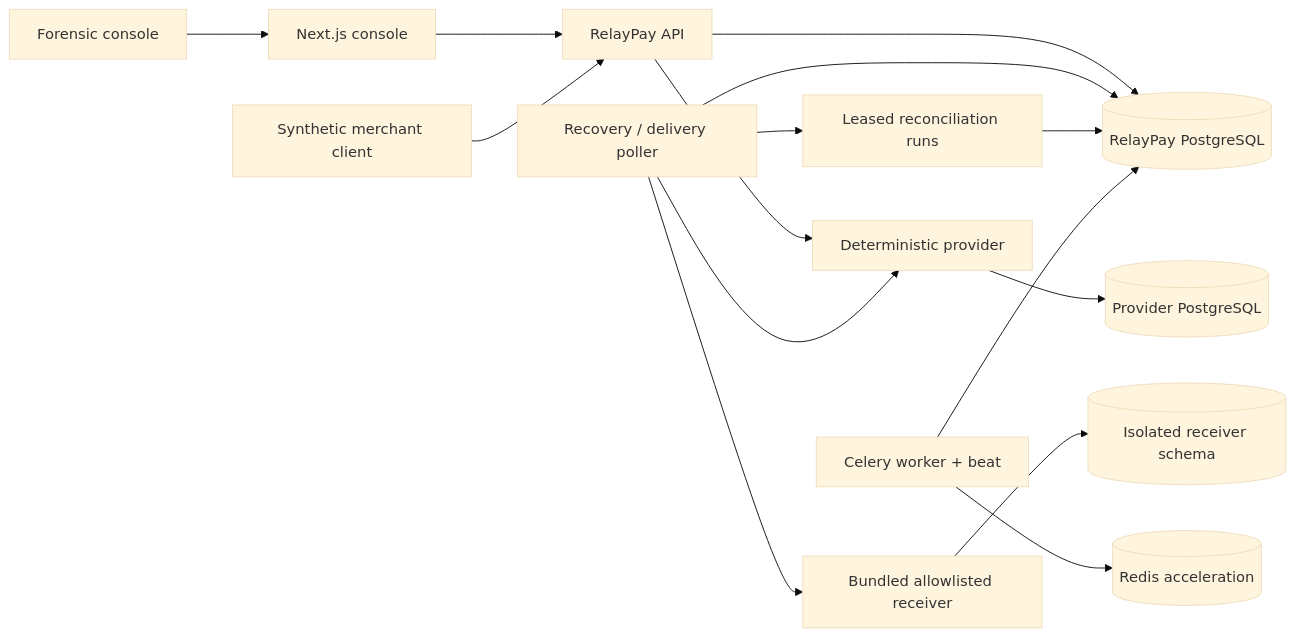
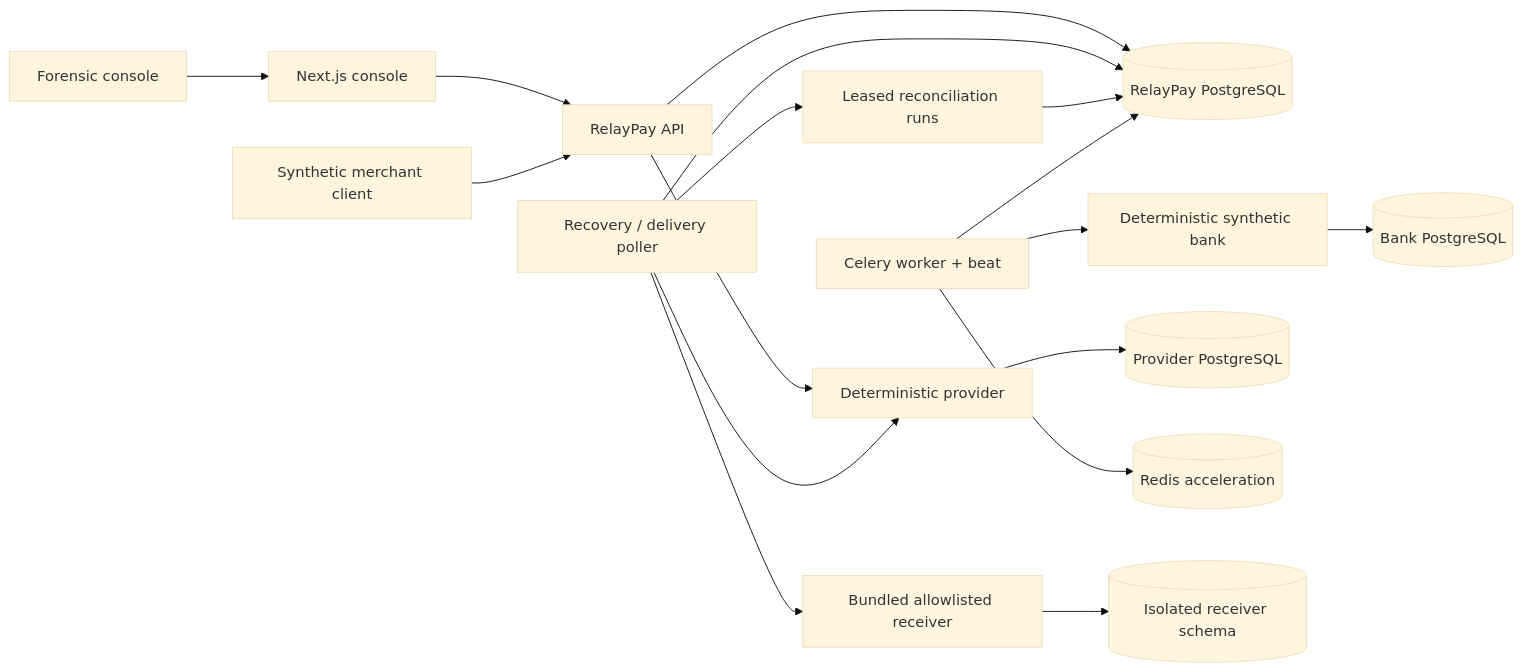
The diagram in README.md (marsh15/relaypay), drawn with Mermaid (base theme) before and after one commit. The commit also changed other lines of this file and 45 other files, not shown here.

Commit message:
feat: add reserved payouts and synthetic bank

````diff
--- a/README.md
+++ b/README.md
@@ -93,17 +92,19 @@
 ```mermaid
 flowchart LR
     Browser["Forensic console"] --> Console["Next.js console"]
     Console --> API["RelayPay API"]
     Merchant["Synthetic merchant client"] --> API
     API --> RelayDB[("RelayPay PostgreSQL")]
     API --> Provider["Deterministic provider"]
+    Worker --> Bank["Deterministic synthetic bank"]
+    Bank --> BankDB[("Bank PostgreSQL")]
     Provider --> ProviderDB[("Provider PostgreSQL")]
     Poller["Recovery / delivery poller"] --> RelayDB
     Poller --> Reconcile["Leased reconciliation runs"]
     Reconcile --> RelayDB
     Poller --> Provider
     Poller --> Receiver["Bundled allowlisted receiver"]
     Worker["Celery worker + beat"] --> Redis[("Redis acceleration")]
     Worker --> RelayDB
     Receiver --> ReceiverSchema[("Isolated receiver schema")]
 ```
````
